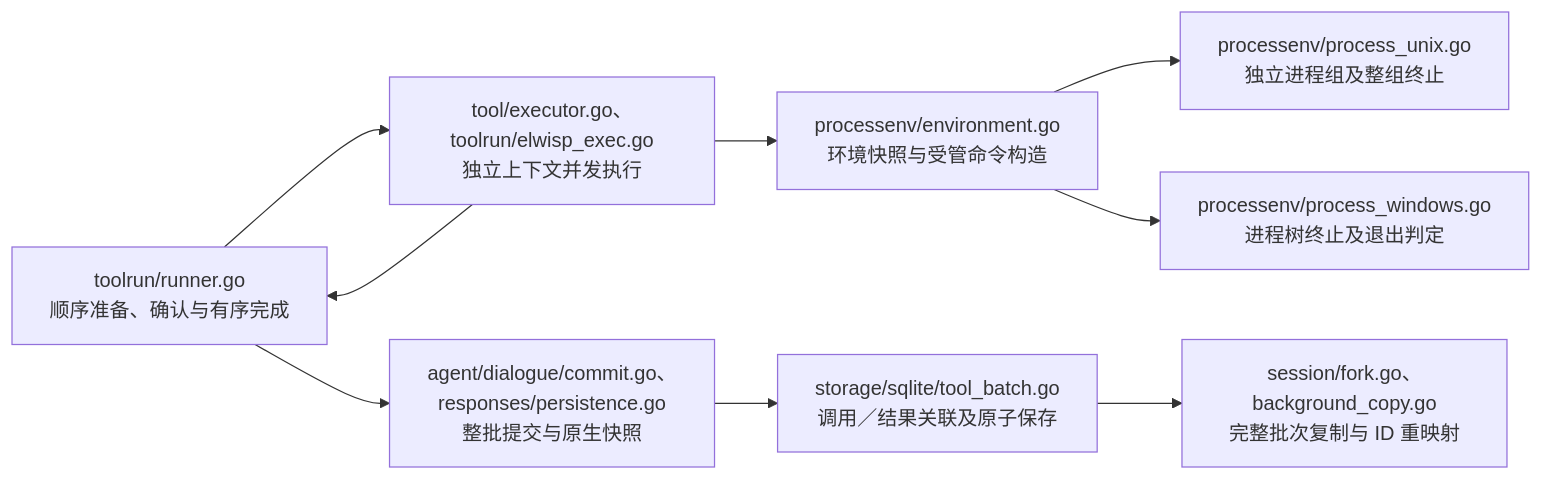
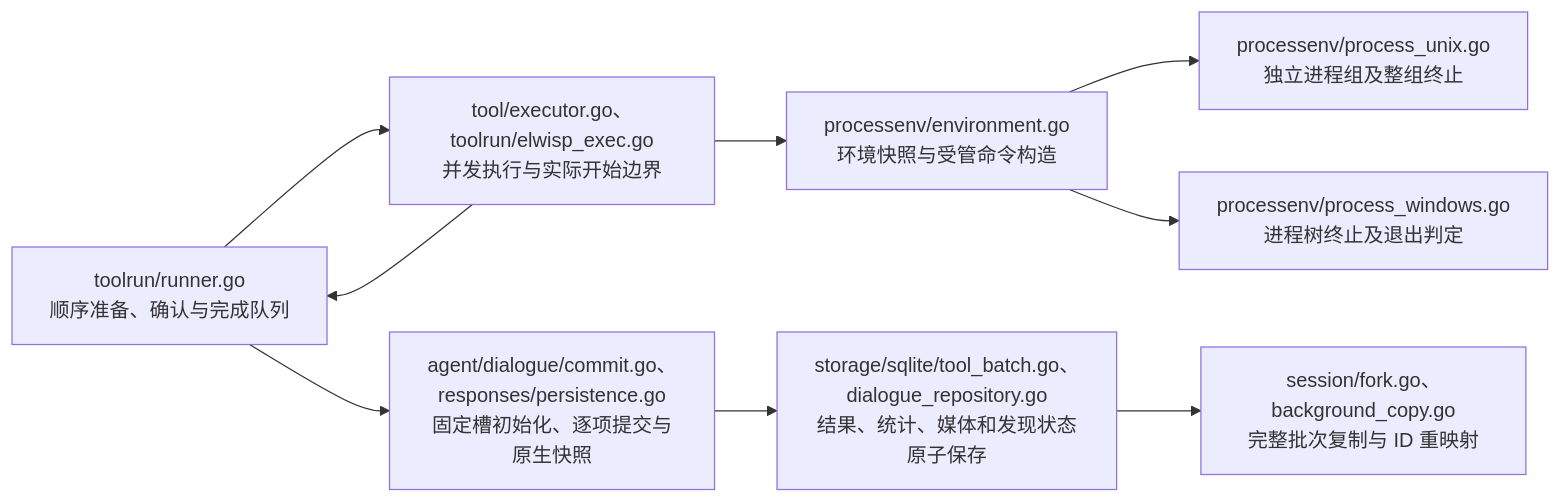
Before and after one commit to Elflare/elbot: the third of 6 diagrams in devdocs/architecture.md, drawn with Mermaid. The commit also changed other lines of this file and 65 other files, not shown here.

````diff
--- a/devdocs/architecture.md
+++ b/devdocs/architecture.md
@@ -169,11 +170,11 @@
 ```mermaid
 flowchart LR
-    R["toolrun/runner.go<br/>顺序准备、确认与有序完成"] --> W["tool/executor.go、toolrun/elwisp_exec.go<br/>独立上下文并发执行"]
+    R["toolrun/runner.go<br/>顺序准备、确认与完成队列"] --> W["tool/executor.go、toolrun/elwisp_exec.go<br/>并发执行与实际开始边界"]
     W --> R
-    R --> C["agent/dialogue/commit.go、responses/persistence.go<br/>整批提交与原生快照"]
-    C --> S["storage/sqlite/tool_batch.go<br/>调用／结果关联及原子保存"]
+    R --> C["agent/dialogue/commit.go、responses/persistence.go<br/>固定槽初始化、逐项提交与原生快照"]
+    C --> S["storage/sqlite/tool_batch.go、dialogue_repository.go<br/>结果、统计、媒体和发现状态原子保存"]
     S --> F["session/fork.go、background_copy.go<br/>完整批次复制与 ID 重映射"]
     W --> P["processenv/environment.go<br/>环境快照与受管命令构造"]
     P --> U["processenv/process_unix.go<br/>独立进程组及整组终止"]
     P --> V["processenv/process_windows.go<br/>进程树终止及退出判定"]
 ```
````
